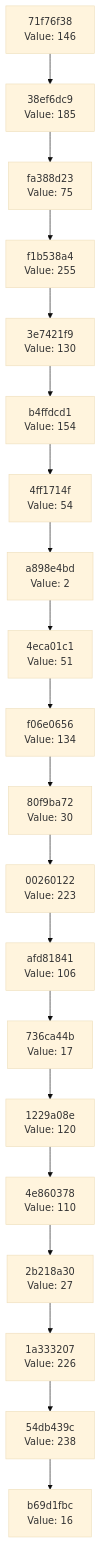
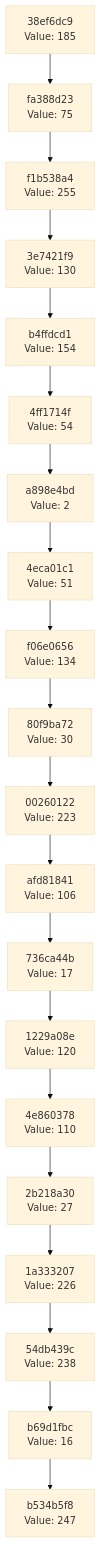
The diagram in docs/CHAIN_VISUALIZATION.md (Abhisheksinha1506/hash-chain-evolver), drawn with Mermaid (base theme) before and after one commit. The commit also changed 2 other files, not shown here.

Commit message:
Evolution Step

````diff
--- a/docs/CHAIN_VISUALIZATION.md
+++ b/docs/CHAIN_VISUALIZATION.md
@@ -3,42 +3,42 @@
 ```mermaid
 graph TD
-    C0["b69d1fbc<br/>Value: 16"]
-    C1["54db439c<br/>Value: 238"]
+    C0["b534b5f8<br/>Value: 247"]
+    C1["b69d1fbc<br/>Value: 16"]
     C1 --> C0
-    C2["1a333207<br/>Value: 226"]
+    C2["54db439c<br/>Value: 238"]
     C2 --> C1
-    C3["2b218a30<br/>Value: 27"]
+    C3["1a333207<br/>Value: 226"]
     C3 --> C2
-    C4["4e860378<br/>Value: 110"]
+    C4["2b218a30<br/>Value: 27"]
     C4 --> C3
-    C5["1229a08e<br/>Value: 120"]
+    C5["4e860378<br/>Value: 110"]
     C5 --> C4
-    C6["736ca44b<br/>Value: 17"]
+    C6["1229a08e<br/>Value: 120"]
     C6 --> C5
-    C7["afd81841<br/>Value: 106"]
+    C7["736ca44b<br/>Value: 17"]
     C7 --> C6
-    C8["00260122<br/>Value: 223"]
+    C8["afd81841<br/>Value: 106"]
     C8 --> C7
-    C9["80f9ba72<br/>Value: 30"]
+    C9["00260122<br/>Value: 223"]
     C9 --> C8
-    C10["f06e0656<br/>Value: 134"]
+    C10["80f9ba72<br/>Value: 30"]
     C10 --> C9
-    C11["4eca01c1<br/>Value: 51"]
+    C11["f06e0656<br/>Value: 134"]
     C11 --> C10
-    C12["a898e4bd<br/>Value: 2"]
+    C12["4eca01c1<br/>Value: 51"]
     C12 --> C11
-    C13["4ff1714f<br/>Value: 54"]
+    C13["a898e4bd<br/>Value: 2"]
     C13 --> C12
-    C14["b4ffdcd1<br/>Value: 154"]
+    C14["4ff1714f<br/>Value: 54"]
     C14 --> C13
-    C15["3e7421f9<br/>Value: 130"]
+    C15["b4ffdcd1<br/>Value: 154"]
     C15 --> C14
-    C16["f1b538a4<br/>Value: 255"]
+    C16["3e7421f9<br/>Value: 130"]
     C16 --> C15
-    C17["fa388d23<br/>Value: 75"]
+    C17["f1b538a4<br/>Value: 255"]
     C17 --> C16
-    C18["38ef6dc9<br/>Value: 185"]
+    C18["fa388d23<br/>Value: 75"]
     C18 --> C17
-    C19["71f76f38<br/>Value: 146"]
+    C19["38ef6dc9<br/>Value: 185"]
     C19 --> C18
 ```
````
